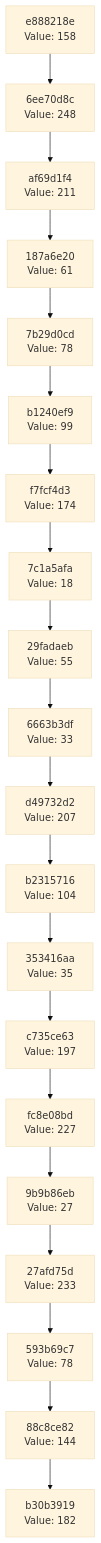
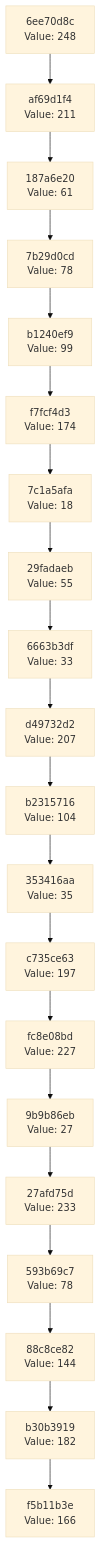
Before and after one commit to Abhisheksinha1506/hash-chain-evolver: the diagram in docs/CHAIN_VISUALIZATION.md, drawn with Mermaid (base theme). The commit also changed 3 other files, not shown here.

````diff
--- a/docs/CHAIN_VISUALIZATION.md
+++ b/docs/CHAIN_VISUALIZATION.md
@@ -3,42 +3,42 @@
 ```mermaid
 graph TD
-    C0["b30b3919<br/>Value: 182"]
-    C1["88c8ce82<br/>Value: 144"]
+    C0["f5b11b3e<br/>Value: 166"]
+    C1["b30b3919<br/>Value: 182"]
     C1 --> C0
-    C2["593b69c7<br/>Value: 78"]
+    C2["88c8ce82<br/>Value: 144"]
     C2 --> C1
-    C3["27afd75d<br/>Value: 233"]
+    C3["593b69c7<br/>Value: 78"]
     C3 --> C2
-    C4["9b9b86eb<br/>Value: 27"]
+    C4["27afd75d<br/>Value: 233"]
     C4 --> C3
-    C5["fc8e08bd<br/>Value: 227"]
+    C5["9b9b86eb<br/>Value: 27"]
     C5 --> C4
-    C6["c735ce63<br/>Value: 197"]
+    C6["fc8e08bd<br/>Value: 227"]
     C6 --> C5
-    C7["353416aa<br/>Value: 35"]
+    C7["c735ce63<br/>Value: 197"]
     C7 --> C6
-    C8["b2315716<br/>Value: 104"]
+    C8["353416aa<br/>Value: 35"]
     C8 --> C7
-    C9["d49732d2<br/>Value: 207"]
+    C9["b2315716<br/>Value: 104"]
     C9 --> C8
-    C10["6663b3df<br/>Value: 33"]
+    C10["d49732d2<br/>Value: 207"]
     C10 --> C9
-    C11["29fadaeb<br/>Value: 55"]
+    C11["6663b3df<br/>Value: 33"]
     C11 --> C10
-    C12["7c1a5afa<br/>Value: 18"]
+    C12["29fadaeb<br/>Value: 55"]
     C12 --> C11
-    C13["f7fcf4d3<br/>Value: 174"]
+    C13["7c1a5afa<br/>Value: 18"]
     C13 --> C12
-    C14["b1240ef9<br/>Value: 99"]
+    C14["f7fcf4d3<br/>Value: 174"]
     C14 --> C13
-    C15["7b29d0cd<br/>Value: 78"]
+    C15["b1240ef9<br/>Value: 99"]
     C15 --> C14
-    C16["187a6e20<br/>Value: 61"]
+    C16["7b29d0cd<br/>Value: 78"]
     C16 --> C15
-    C17["af69d1f4<br/>Value: 211"]
+    C17["187a6e20<br/>Value: 61"]
     C17 --> C16
-    C18["6ee70d8c<br/>Value: 248"]
+    C18["af69d1f4<br/>Value: 211"]
     C18 --> C17
-    C19["e888218e<br/>Value: 158"]
+    C19["6ee70d8c<br/>Value: 248"]
     C19 --> C18
 ```
````
